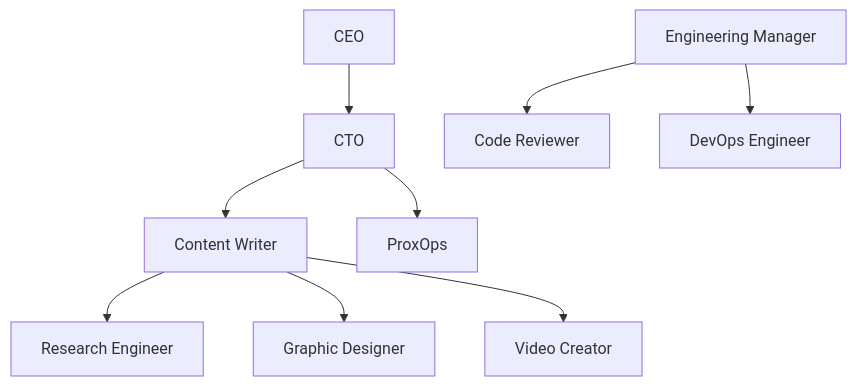
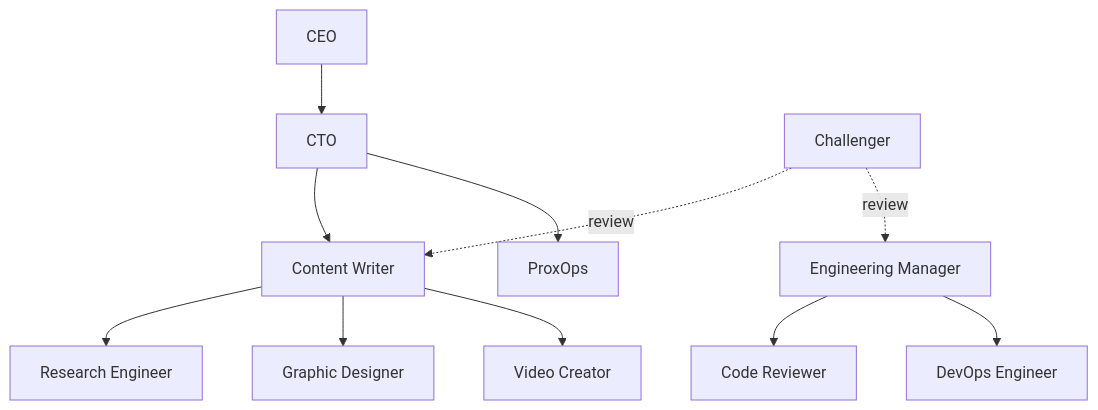
Before and after one commit to henrikrexed/PaperClip-Agents: the diagram in docs/agents/index.md, drawn with Mermaid. The commit also changed other lines of this file and 8 other files, not shown here.

````diff
--- a/docs/agents/index.md
+++ b/docs/agents/index.md
@@ -36,14 +38,17 @@
 ```mermaid
 graph TD
     CEO["CEO"]
     CTO["CTO"]
     EM["Engineering Manager"]
     CEO --> CTO
     CTO --> CW["Content Writer"]
     CTO --> PX["ProxOps"]
     CW --> RE["Research Engineer"]
     CW --> GD["Graphic Designer"]
     CW --> VC["Video Creator"]
     EM --> CR["Code Reviewer"]
     EM --> DO["DevOps Engineer"]
+    CH["Challenger"]
+    CH -.review.-> CW
+    CH -.review.-> EM
 ```
````
